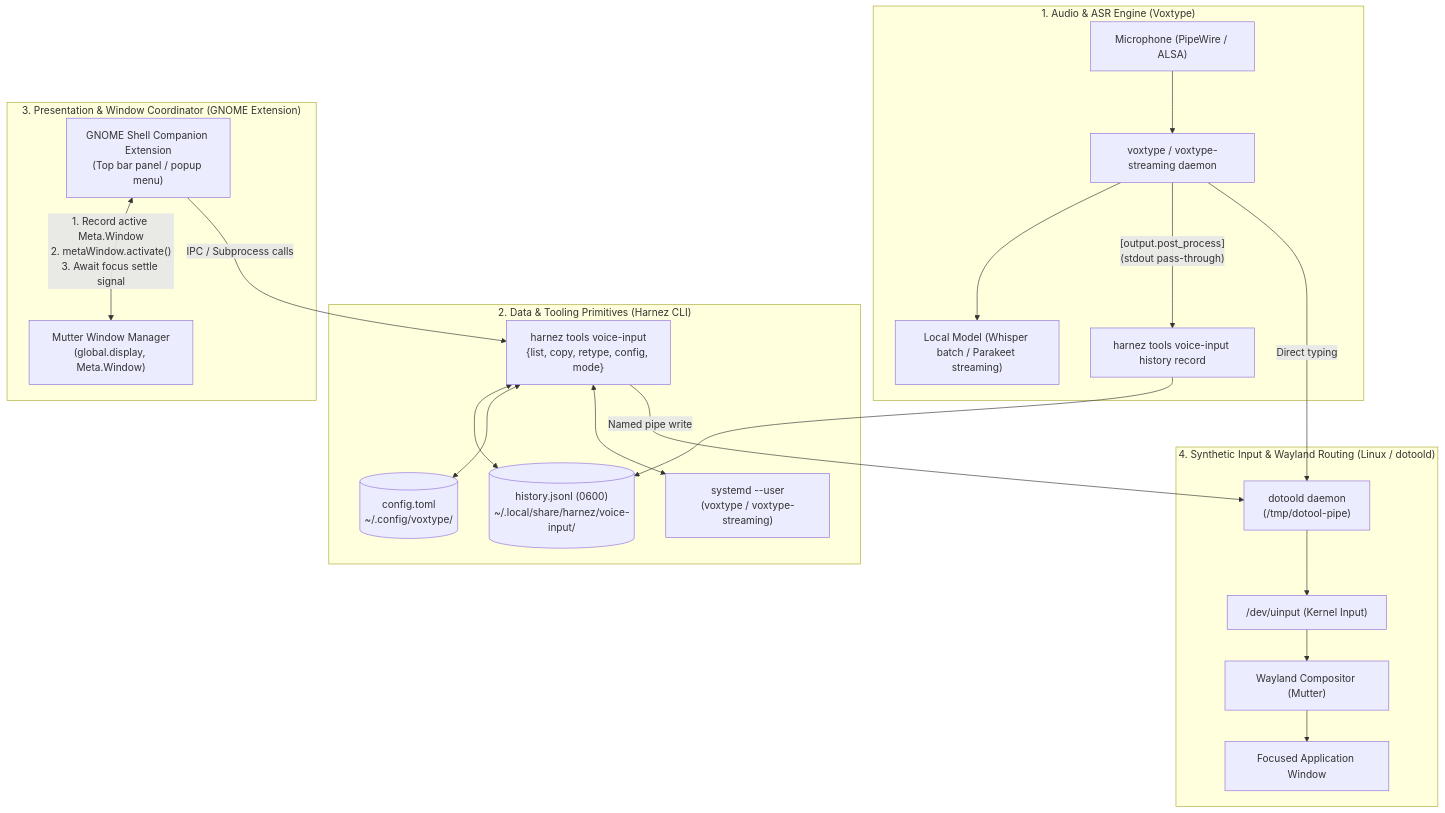
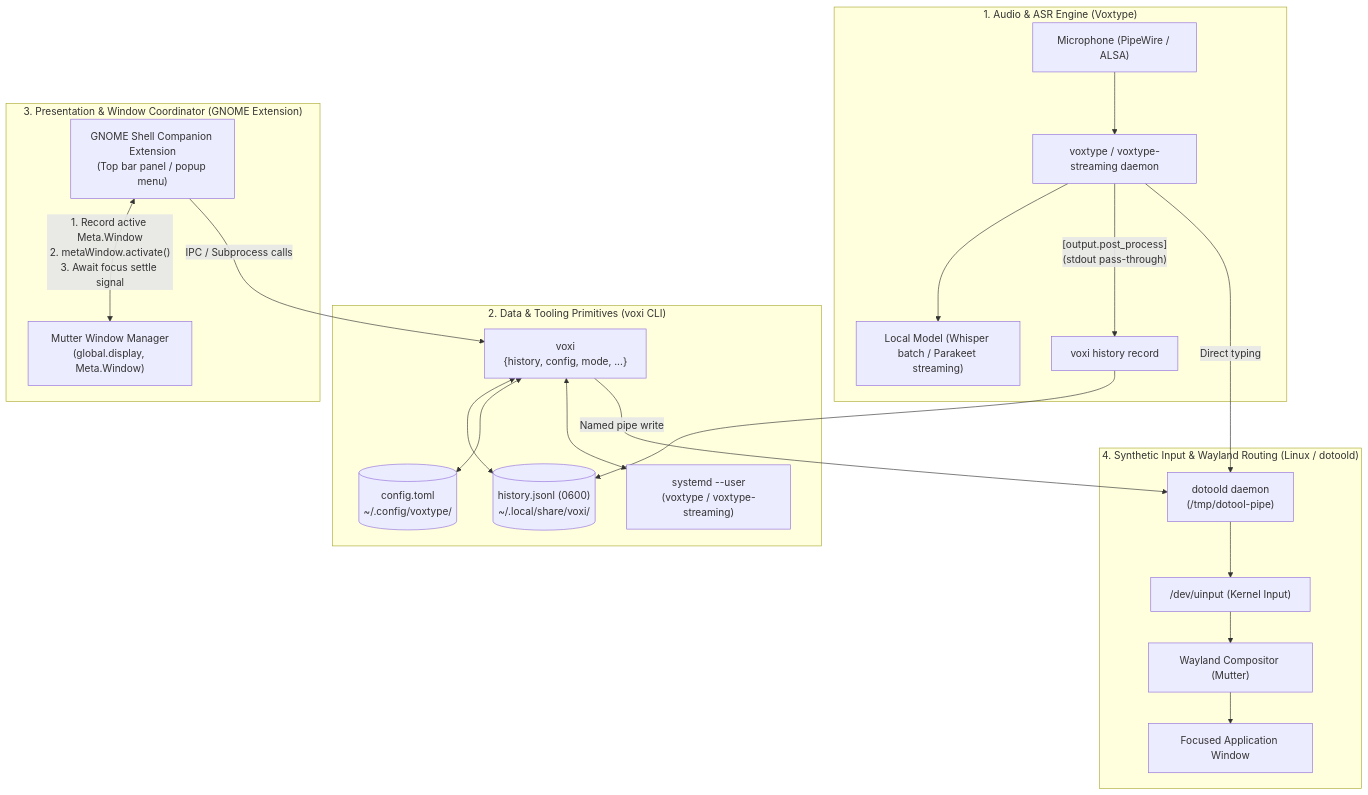
The diagram in docs/VoiceInputArchitecture.md (ubunatic/voxi), drawn with Mermaid before and after one commit. The commit also changed other lines of this file and 2 other files, not shown here.

First line of the commit message:
docs: fix stale harnez-era command names in VoiceInput docs, note website rebuild

````diff
--- a/docs/VoiceInputArchitecture.md
+++ b/docs/VoiceInputArchitecture.md
@@ -25,31 +31,31 @@
 ```mermaid
 flowchart TB
     subgraph AudioEngine ["1. Audio & ASR Engine (Voxtype)"]
         Mic["Microphone (PipeWire / ALSA)"] --> VDaemon["voxtype / voxtype-streaming daemon"]
         VDaemon --> Model["Local Model (Whisper batch / Parakeet streaming)"]
-        VDaemon -- "[output.post_process]\n(stdout pass-through)" --> Record["harnez tools voice-input history record"]
+        VDaemon -- "[output.post_process]\n(stdout pass-through)" --> Record["voxi history record"]
     end
 
-    subgraph HarnezCore ["2. Data & Tooling Primitives (Harnez CLI)"]
-        Record --> HStore[("history.jsonl (0600)\n~/.local/share/harnez/voice-input/")]
-        HCLI["harnez tools voice-input\n{list, copy, retype, config, mode}"]
+    subgraph HarnezCore ["2. Data & Tooling Primitives (voxi CLI)"]
+        Record --> HStore[("history.jsonl (0600)\n~/.local/share/voxi/")]
+        HCLI["voxi\n{history, config, mode, ...}"]
         HCLI <--> HStore
         HCLI <--> VConfig[("config.toml\n~/.config/voxtype/")]
         HCLI <--> Systemd["systemd --user\n(voxtype / voxtype-streaming)"]
     end
 
     subgraph DesktopShell ["3. Presentation & Window Coordinator (GNOME Extension)"]
         GExt["GNOME Shell Companion Extension\n(Top bar panel / popup menu)"]
         Mutter["Mutter Window Manager\n(global.display, Meta.Window)"]
         GExt <-->|"1. Record active Meta.Window\n2. metaWindow.activate()\n3. Await focus settle signal"| Mutter
         GExt -->|"IPC / Subprocess calls"| HCLI
     end
 
     subgraph InjectionStack ["4. Synthetic Input & Wayland Routing (Linux / dotoold)"]
         HCLI -->|"Named pipe write"| Dotoold["dotoold daemon\n(/tmp/dotool-pipe)"]
         VDaemon -->|"Direct typing"| Dotoold
         Dotoold --> UInput["/dev/uinput (Kernel Input)"]
         UInput --> Wayland["Wayland Compositor (Mutter)"]
         Wayland --> TargetApp["Focused Application Window"]
     end
 ```
````
